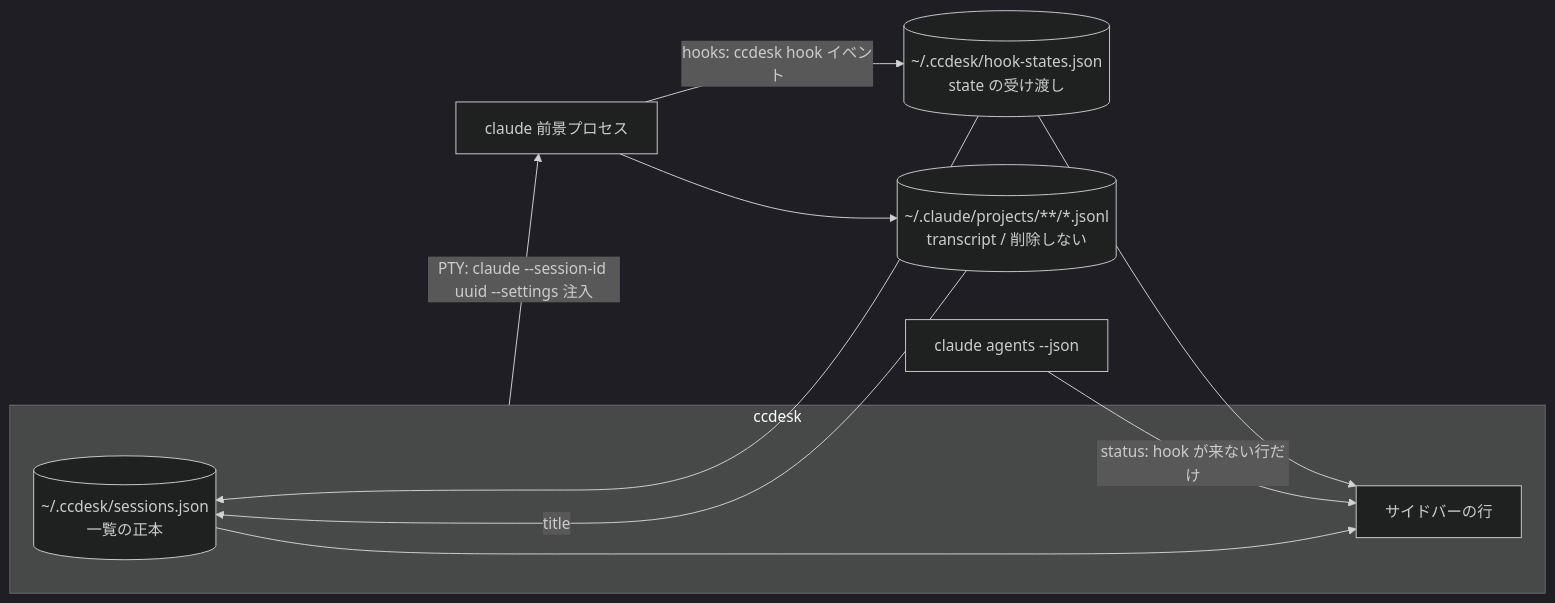
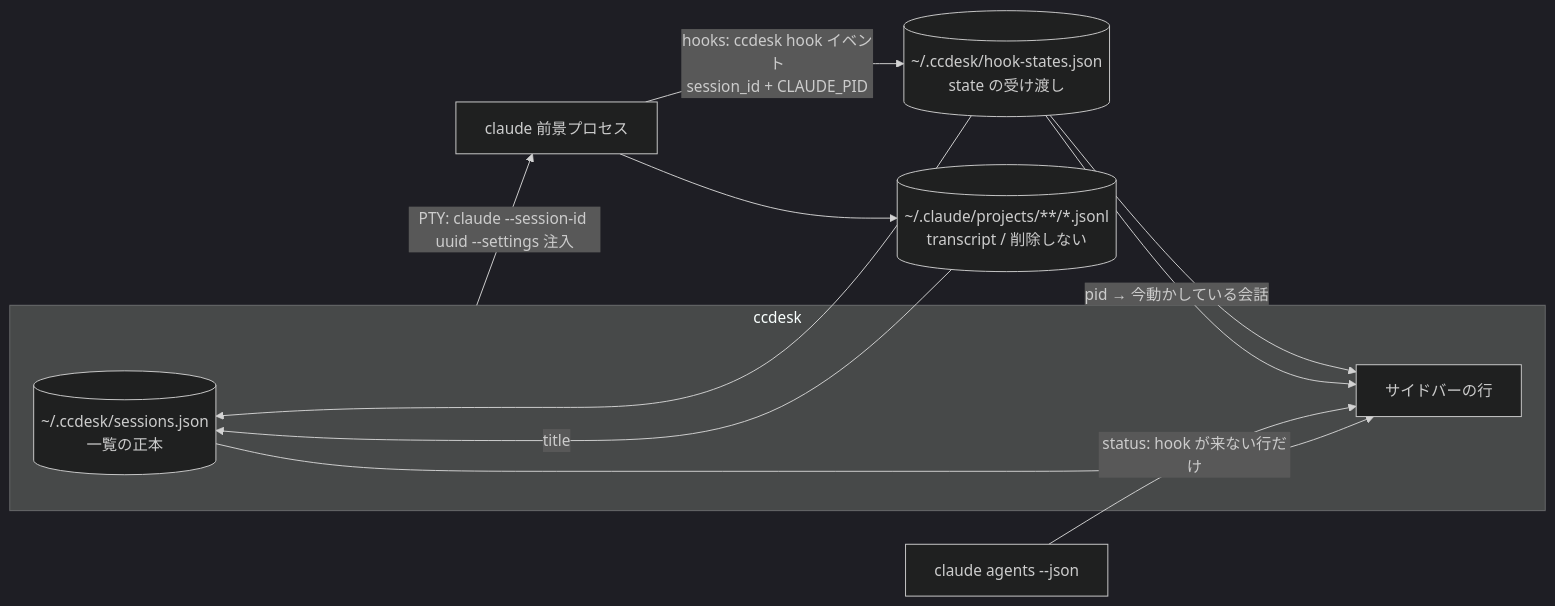
Before and after one commit to HRYooba/ccdesk: the second of 2 diagrams in docs/foreground-migration.md, drawn with Mermaid (dark theme). The commit also changed other lines of this file and 6 other files, not shown here.

````diff
--- a/docs/foreground-migration.md
+++ b/docs/foreground-migration.md
@@ -68,15 +72,16 @@
 ```mermaid
 flowchart LR
     subgraph ccdesk
         store[(~/.ccdesk/sessions.json<br/>一覧の正本)]
         rows[サイドバーの行]
     end
     ccdesk -->|PTY: claude --session-id uuid --settings 注入| child[claude 前景プロセス]
     child --> jsonl[(~/.claude/projects/**/*.jsonl<br/>transcript / 削除しない)]
-    child -->|hooks: ccdesk hook イベント| hookstates[(~/.ccdesk/hook-states.json<br/>state の受け渡し)]
+    child -->|hooks: ccdesk hook イベント<br/>session_id + CLAUDE_PID| hookstates[(~/.ccdesk/hook-states.json<br/>state の受け渡し)]
     hookstates --> rows
     hookstates --> store
+    hookstates -->|pid → 今動かしている会話| rows
     jsonl -->|title| store
     agents[claude agents --json] -->|status: hook が来ない行だけ| rows
     store --> rows
 ```
````
